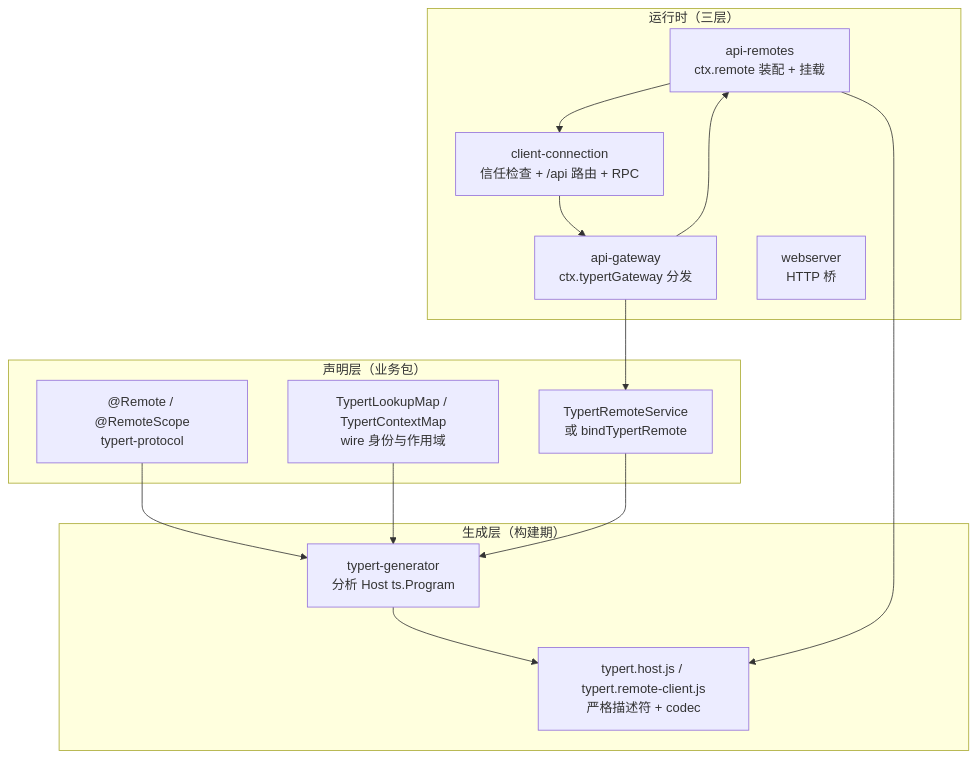
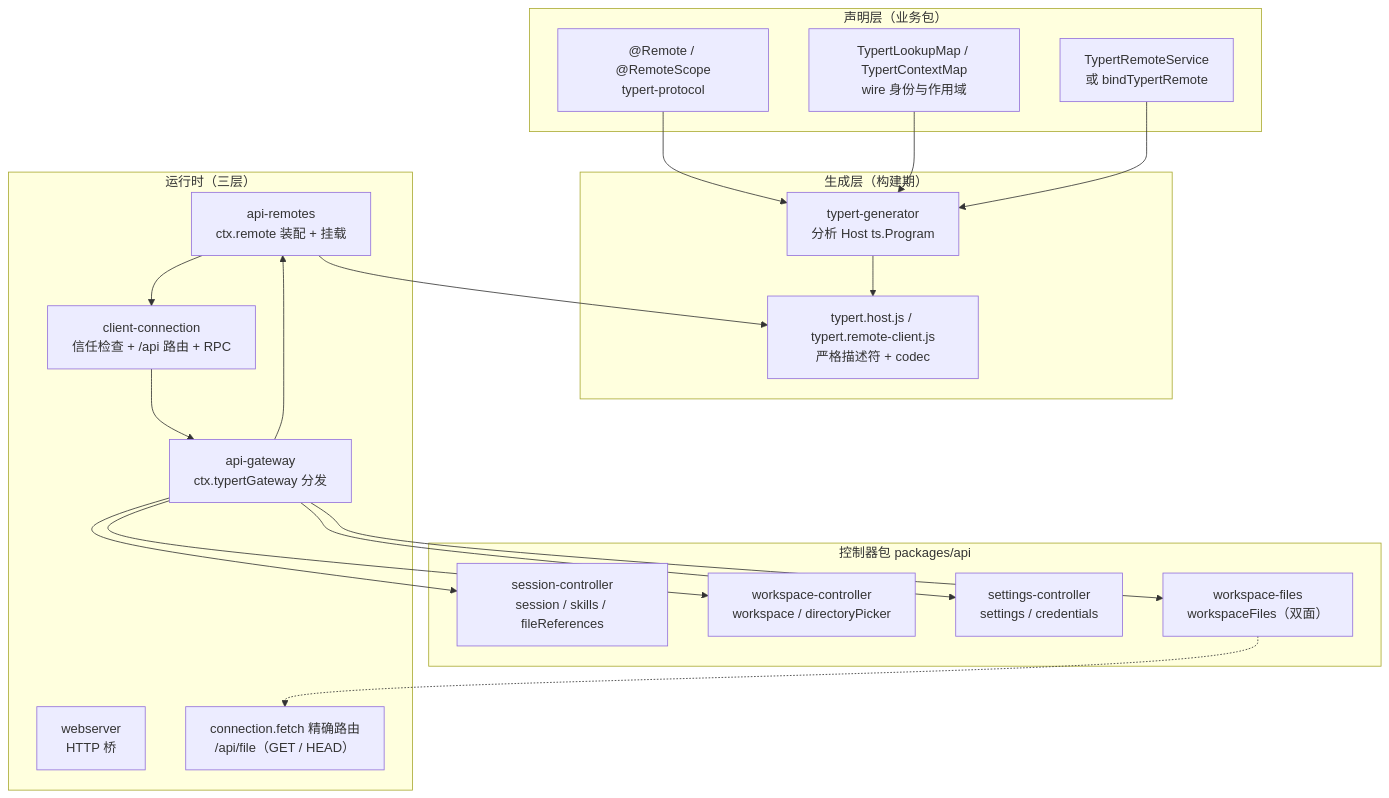
The first of 4 diagrams in ai-agent/deepseek-harness/remote-controllers.md (morehao/oss-insights), drawn with Mermaid before and after one commit. The commit also changed other lines of this file and 27 other files, not shown here.

````diff
--- a/ai-agent/deepseek-harness/remote-controllers.md
+++ b/ai-agent/deepseek-harness/remote-controllers.md
@@ -35,28 +39,39 @@
 ```mermaid
 graph TB
     subgraph declare[声明层（业务包）]
         D1["@Remote / @RemoteScope<br>typert-protocol"]
         D2["TypertLookupMap / TypertContextMap<br>wire 身份与作用域"]
         D3["TypertRemoteService<br>或 bindTypertRemote"]
     end
     subgraph gen[生成层（构建期）]
         G1["typert-generator<br>分析 Host ts.Program"]
         G2["typert.host.js / typert.remote-client.js<br>严格描述符 + codec"]
     end
+    subgraph ctrl[控制器包 packages/api]
+        C1["session-controller<br>session / skills / fileReferences"]
+        C2["workspace-controller<br>workspace / directoryPicker"]
+        C3["settings-controller<br>settings / credentials"]
+        C4["workspace-files<br>workspaceFiles（双面）"]
+    end
     subgraph run[运行时（三层）]
         R1["api-remotes<br>ctx.remote 装配 + 挂载"]
         R2["api-gateway<br>ctx.typertGateway 分发"]
         R3["client-connection<br>信任检查 + /api 路由 + RPC"]
         R4["webserver<br>HTTP 桥"]
+        R5["connection.fetch 精确路由<br>/api/file（GET / HEAD）"]
     end
 
     D1 --> G1
     D2 --> G1
     D3 --> G1
     G1 --> G2
     R1 --> G2
     R1 --> R3
     R3 --> R2
     R2 --> R1
-    R2 --> D3
+    R2 --> C1
+    R2 --> C2
+    R2 --> C3
+    R2 --> C4
+    C4 -.-> R5
 ```
````
